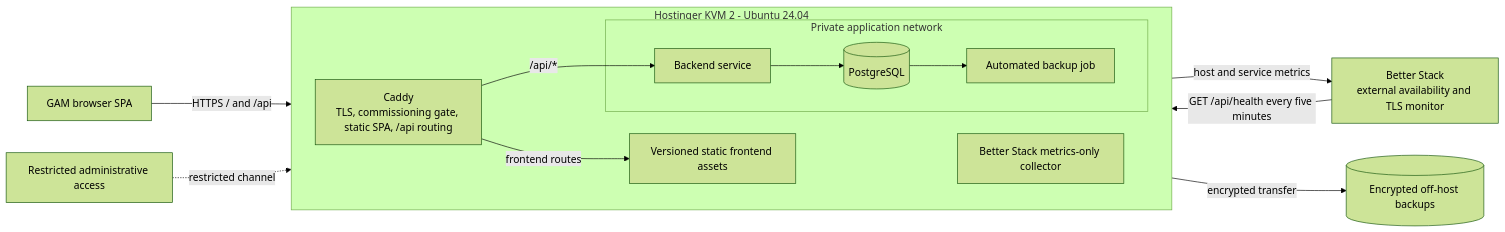
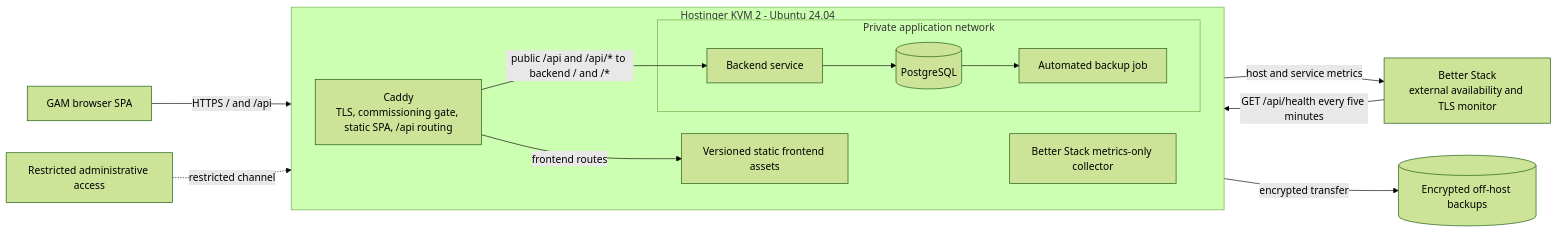
The first of 2 diagrams in docs/diagrams/initial-production-topology.md (DudsFerraz/GAM-backend-API), drawn with Mermaid (forest theme) before and after one commit. The commit also changed other lines of this file and 6 other files, not shown here.

First line of the commit message:
docs(platform): accept public API prefix routing

````diff
--- a/docs/diagrams/initial-production-topology.md
+++ b/docs/diagrams/initial-production-topology.md
@@ -5,31 +5,31 @@
 ```mermaid
 flowchart LR
     Browser["GAM browser SPA"]
     Monitor["Better Stack<br/>external availability and TLS monitor"]
     Admin["Restricted administrative access"]
     BackupStore[("Encrypted off-host backups")]
 
     subgraph VPS["Hostinger KVM 2 - Ubuntu 24.04"]
         direction LR
         Proxy["Caddy<br/>TLS, commissioning gate, static SPA, /api routing"]
         Static["Versioned static frontend assets"]
         Collector["Better Stack metrics-only collector"]
 
         subgraph Private["Private application network"]
             Backend["Backend service"]
             Database[("PostgreSQL")]
             BackupJob["Automated backup job"]
         end
 
         Proxy -->|"frontend routes"| Static
-        Proxy -->|"/api/*"| Backend
+        Proxy -->|"public /api and /api/* to backend / and /*"| Backend
         Backend --> Database
         Database --> BackupJob
     end
 
     Browser -->|"HTTPS / and /api"| Proxy
     Monitor -->|"GET /api/health every five minutes"| Proxy
     Collector -->|"host and service metrics"| Monitor
     Admin -. "restricted channel" .-> VPS
     BackupJob -->|"encrypted transfer"| BackupStore
 ```
````
